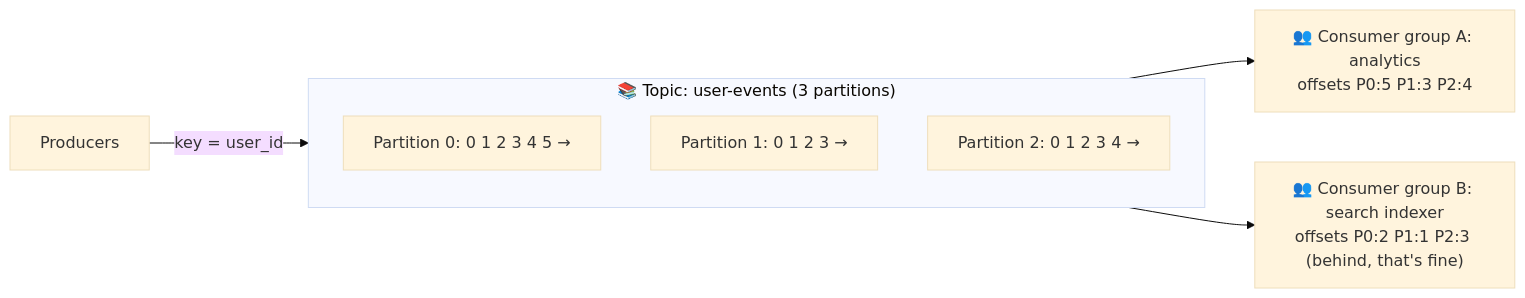
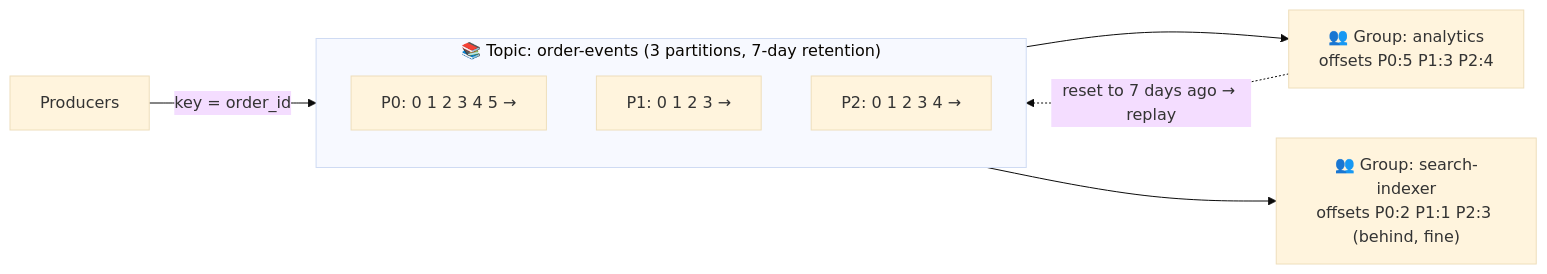
Before and after one commit to winnyboy5/System-Design-from-Atoms: the diagram in phases/07-async-messaging/059-log-based-streaming.md, drawn with Mermaid (base theme). The commit also changed other lines of this file and 6 other files, not shown here.

````diff
--- a/phases/07-async-messaging/059-log-based-streaming.md
+++ b/phases/07-async-messaging/059-log-based-streaming.md
@@ -30,11 +38,12 @@
 ```mermaid
 flowchart LR
-    P["Producers"] -->|"key = user_id"| T
-    subgraph T["📚 Topic: user-events (3 partitions)"]
-        P0["Partition 0: 0 1 2 3 4 5 →"]
-        P1["Partition 1: 0 1 2 3 →"]
-        P2["Partition 2: 0 1 2 3 4 →"]
+    P["Producers"] -->|"key = order_id"| T
+    subgraph T["📚 Topic: order-events (3 partitions, 7-day retention)"]
+        P0["P0: 0 1 2 3 4 5 →"]
+        P1["P1: 0 1 2 3 →"]
+        P2["P2: 0 1 2 3 4 →"]
     end
-    T --> G1["👥 Consumer group A: analytics<br/>offsets P0:5 P1:3 P2:4"]
-    T --> G2["👥 Consumer group B: search indexer<br/>offsets P0:2 P1:1 P2:3 (behind, that's fine)"]
+    T --> G1["👥 Group: analytics<br/>offsets P0:5 P1:3 P2:4"]
+    T --> G2["👥 Group: search-indexer<br/>offsets P0:2 P1:1 P2:3 (behind, fine)"]
+    G1 -. "reset to 7 days ago → replay" .-> T
 ```
````
